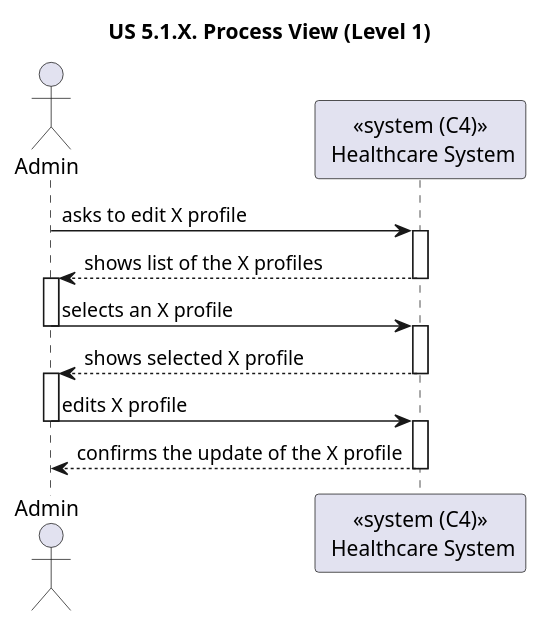
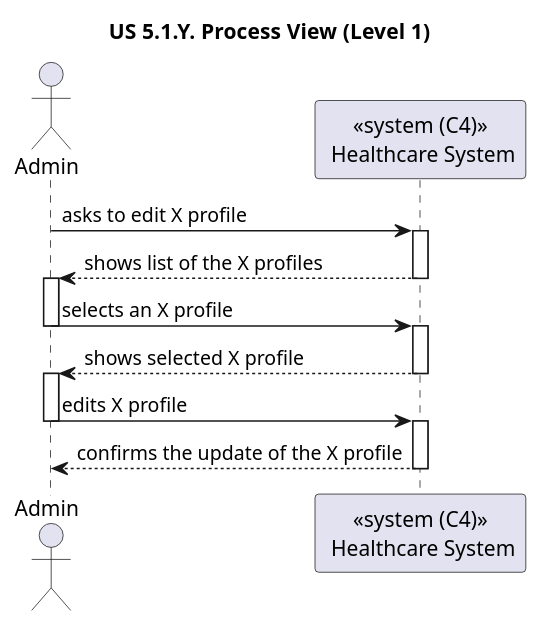
Before and after one commit to rita-barbosa/LAPR5-2425: the diagram in docs/sprint-1/1221933/general-process-view-diagrams/edit-profiles/n1/process-view-nivel1.puml, drawn with PlantUML. The commit also changed 3 other files, not shown here.

Commit message:
DG38-105, DG38-113 | docs: updates general design diagrams (process view diagrams for level 1 and 2) for us-5.1.9 and us-5.1.13

```diff
--- a/docs/sprint-1/1221933/general-process-view-diagrams/edit-profiles/n1/process-view-nivel1.puml
+++ b/docs/sprint-1/1221933/general-process-view-diagrams/edit-profiles/n1/process-view-nivel1.puml
@@ -1,32 +1,32 @@
 @startuml
 'https://plantuml.com/sequence-diagram
 
-title "US 5.1.X. Process View (Level 1)"
+title "US 5.1.Y. Process View (Level 1)"
 
 actor Admin as ADM
 participant "<<system (C4)>>\n Healthcare System" as SYS
 
 ADM -> SYS : asks to edit X profile
 activate SYS
 
 SYS --> ADM : shows list of the X profiles
 deactivate SYS
 activate ADM
 
 ADM -> SYS : selects an X profile
 deactivate ADM
 activate SYS
 
 SYS --> ADM : shows selected X profile
 deactivate SYS
 activate ADM
 
 ADM -> SYS : edits X profile
 deactivate ADM
 activate SYS
 
 SYS --> ADM : confirms the update of the X profile
 deactivate SYS
 
 
 @enduml
```
